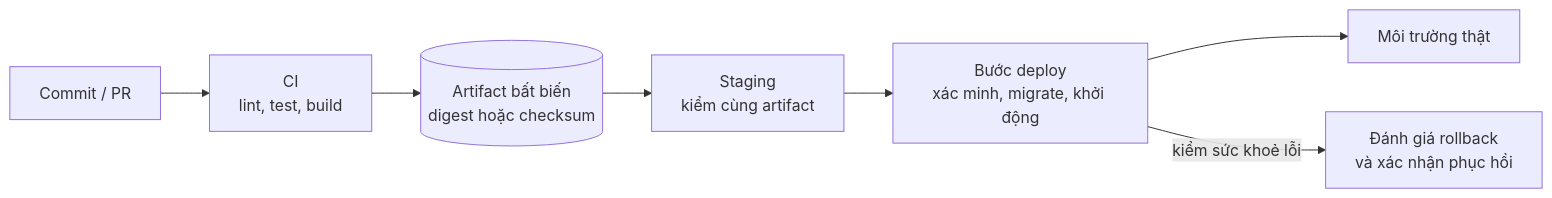
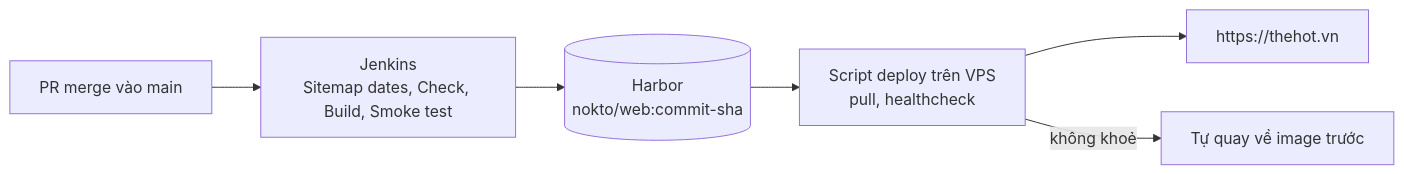
The diagram in docs/ops/deployment.md (qkenn04/nokto-clone-v2), drawn with Mermaid before and after one commit. The commit also changed other lines of this file and 20 other files, not shown here.

First line of the commit message:
docs: document product, architecture, development, security and operations

````diff
--- a/docs/ops/deployment.md
+++ b/docs/ops/deployment.md
@@ -25,9 +23,8 @@
 ```mermaid
 flowchart LR
-  dev["Commit / PR"] --> ci["CI<br/>lint, test, build"]
-  ci --> art[("Artifact bất biến<br/>digest hoặc checksum")]
-  art --> stage["Staging<br/>kiểm cùng artifact"]
-  stage --> deploy["Bước deploy<br/>xác minh, migrate, khởi động"]
-  deploy --> run["Môi trường thật"]
-  deploy -->|"kiểm sức khoẻ lỗi"| rollback["Đánh giá rollback<br/>và xác nhận phục hồi"]
+  pr["PR merge vào main"] --> jenkins["Jenkins<br/>Sitemap dates, Check, Build, Smoke test"]
+  jenkins --> harbor[("Harbor<br/>nokto/web:commit-sha")]
+  harbor --> deploy["Script deploy trên VPS<br/>pull, healthcheck"]
+  deploy --> run["https://thehot.vn"]
+  deploy -->|"không khoẻ"| back["Tự quay về image trước"]
 ```
````
